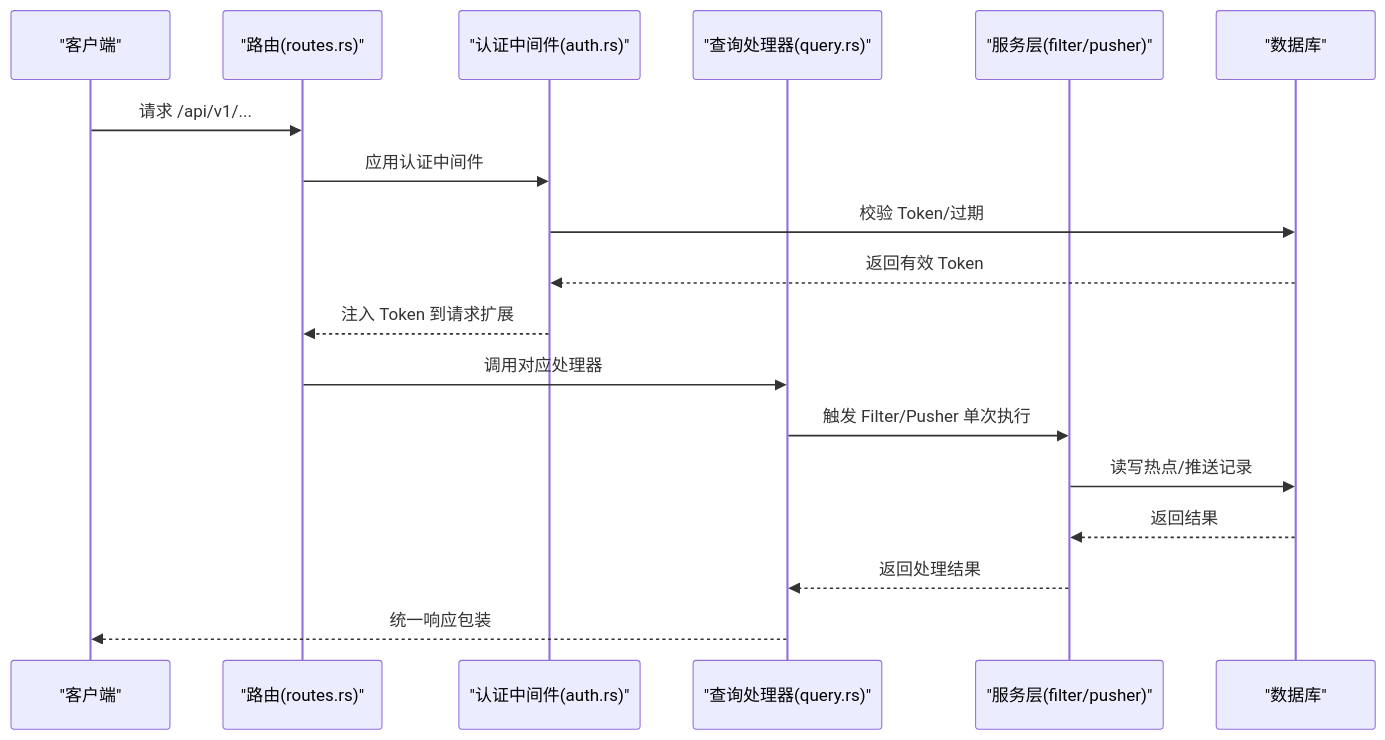
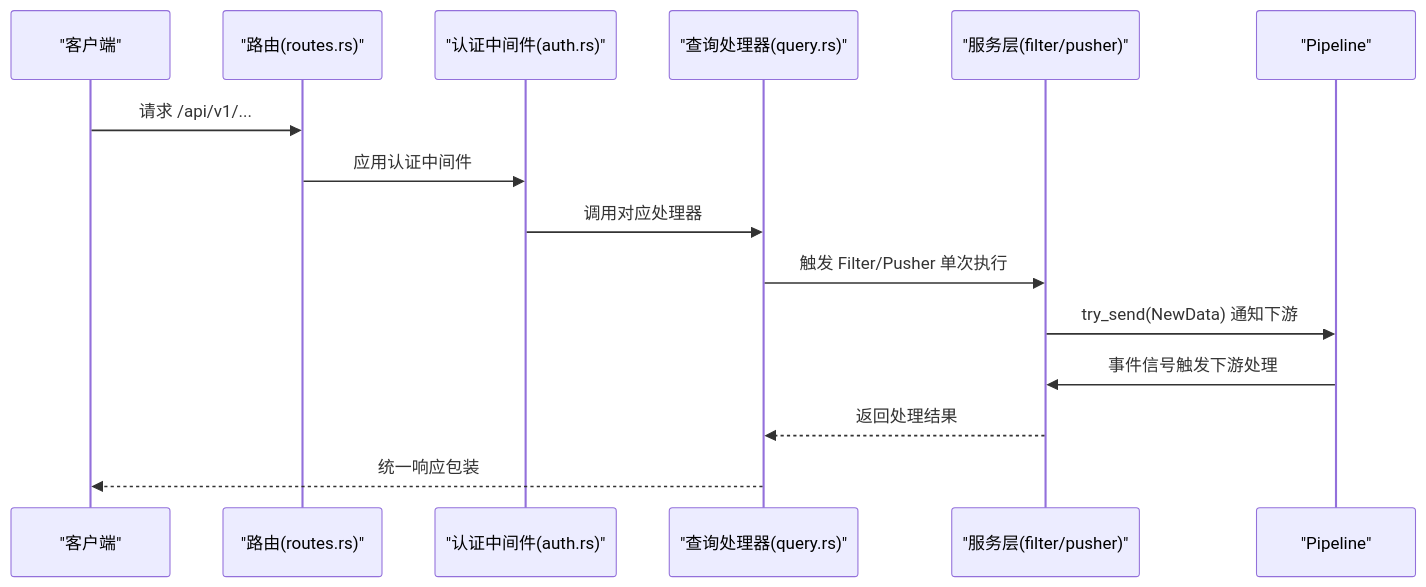
Before and after one commit to leimu-hue/AI-Trend-Tool: the seventh of 10 diagrams in .qoder/repowiki/zh/content/系统架构设计/系统架构设计.md, drawn with Mermaid. The commit also changed other lines of this file and 74 other files, not shown here.

````diff
--- a/.qoder/repowiki/zh/content/系统架构设计/系统架构设计.md
+++ b/.qoder/repowiki/zh/content/系统架构设计/系统架构设计.md
@@ -250,20 +310,17 @@
 ```mermaid
 sequenceDiagram
 participant C as "客户端"
 participant R as "路由(routes.rs)"
 participant MW as "认证中间件(auth.rs)"
 participant H as "查询处理器(query.rs)"
 participant S as "服务层(filter/pusher)"
-participant DB as "数据库"
+participant P as "Pipeline"
 C->>R : 请求 /api/v1/...
 R->>MW : 应用认证中间件
-MW->>DB : 校验 Token/过期
-DB-->>MW : 返回有效 Token
-MW-->>R : 注入 Token 到请求扩展
-R->>H : 调用对应处理器
+MW->>H : 调用对应处理器
 H->>S : 触发 Filter/Pusher 单次执行
-S->>DB : 读写热点/推送记录
-DB-->>S : 返回结果
+S->>P : try_send(NewData) 通知下游
+P->>S : 事件信号触发下游处理
 S-->>H : 返回处理结果
 H-->>C : 统一响应包装
 ```
````
